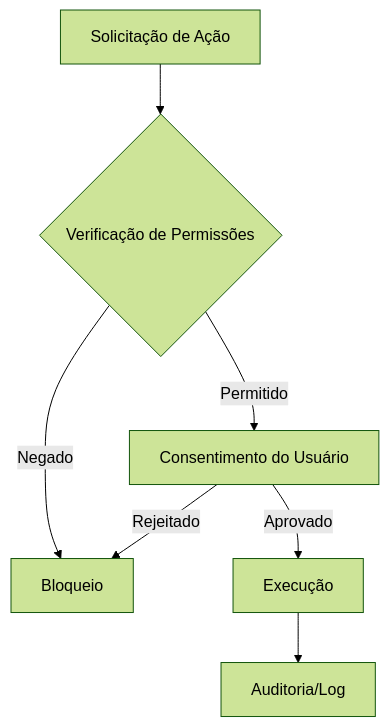
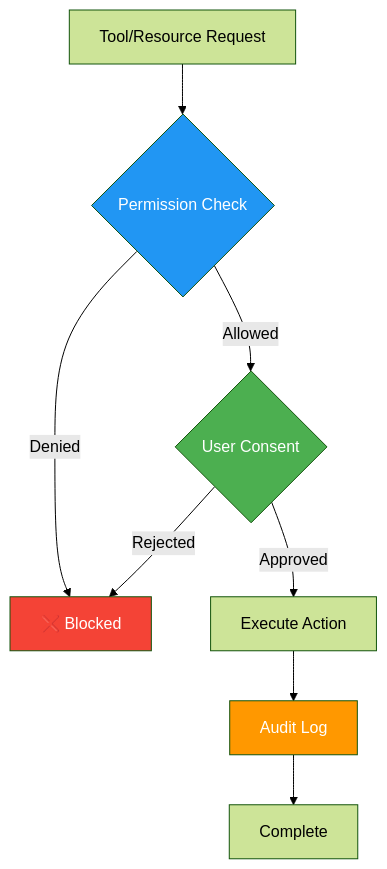
Diagram 15 of 26 in AI/Comunicação/MCP/00-mcp-presentation-zero to hero.md (felipepimentel/my-public-notes), drawn with Mermaid (forest theme) before and after one commit. The commit also changed other lines of this file, not shown here.

````diff
--- a/AI/Comunicação/MCP/00-mcp-presentation-zero to hero.md
+++ b/AI/Comunicação/MCP/00-mcp-presentation-zero to hero.md
@@ -210,9 +526,17 @@
 ```mermaid
 graph TD
-    A[Solicitação de Ação] --> B{Verificação de Permissões}
-    B -->|Permitido| C[Consentimento do Usuário]
-    B -->|Negado| D[Bloqueio]
-    C -->|Aprovado| E[Execução]
-    C -->|Rejeitado| D
-    E --> F[Auditoria/Log]
+    A[Tool/Resource Request] --> B{Permission Check}
+    B -->|Allowed| C{User Consent}
+    B -->|Denied| D[❌ Blocked]
+    
+    C -->|Approved| E[Execute Action]
+    C -->|Rejected| D
+    
+    E --> F[Audit Log]
+    F --> G[Complete]
+    
+    style B fill:#2196F3,color:#fff
+    style C fill:#4CAF50,color:#fff
+    style D fill:#F44336,color:#fff
+    style F fill:#FF9800,color:#fff
 ```
````
